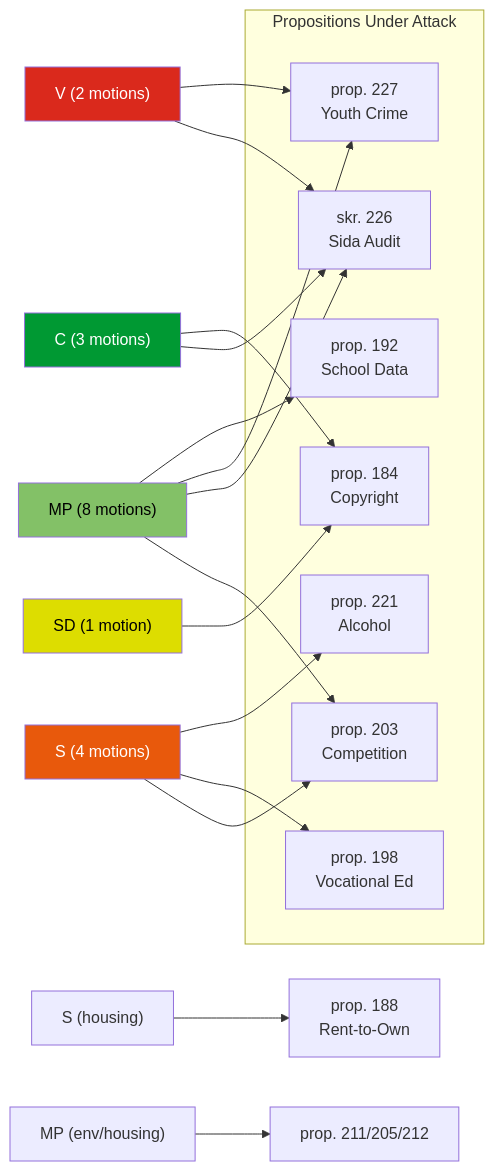
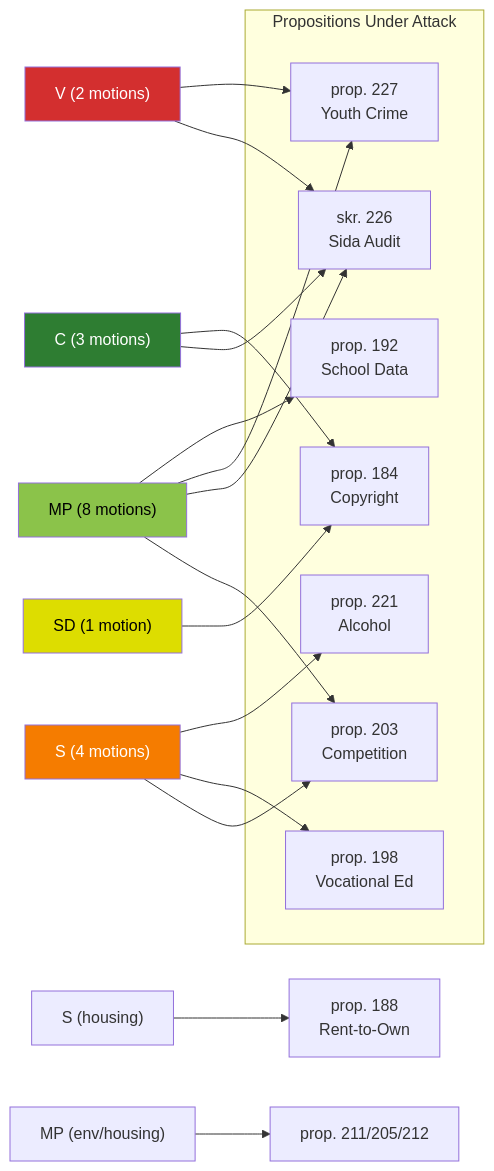
The diagram in analysis/daily/2026-04-13/motions/cross-reference-map.md (Hack23/riksdagsmonitor), drawn with Mermaid before and after one commit. The commit also changed 785 other files, not shown here.

First line of the commit message:
Normalize mermaid colors across 786 analysis artifacts to ISMS Style Guide palette

````diff
--- a/analysis/daily/2026-04-13/motions/cross-reference-map.md
+++ b/analysis/daily/2026-04-13/motions/cross-reference-map.md
@@ -40,24 +40,24 @@
 ```mermaid
 graph LR
     subgraph "Propositions Under Attack"
         P203["prop. 203<br>Competition"]
         P226["skr. 226<br>Sida Audit"]
         P227["prop. 227<br>Youth Crime"]
         P184["prop. 184<br>Copyright"]
         P198["prop. 198<br>Vocational Ed"]
         P192["prop. 192<br>School Data"]
         P221["prop. 221<br>Alcohol"]
     end
     S1["S (4 motions)"] --> P203 & P198 & P221
     S2["S (housing)"] --> P188["prop. 188<br>Rent-to-Own"]
     MP["MP (8 motions)"] --> P203 & P226 & P227 & P192
     MP2["MP (env/housing)"] --> P211["prop. 211/205/212"]
     V["V (2 motions)"] --> P226 & P227
     C["C (3 motions)"] --> P226 & P184
     SD["SD (1 motion)"] --> P184
-    style S1 fill:#e8590c,color:#fff
-    style MP fill:#83c167,color:#000
-    style V fill:#da291c,color:#fff
-    style C fill:#009933,color:#fff
-    style SD fill:#dddd00,color:#000
+    style S1 fill:#F57C00,color:#FFFFFF
+    style MP fill:#8BC34A,color:#000000
+    style V fill:#D32F2F,color:#FFFFFF
+    style C fill:#2E7D32,color:#FFFFFF
+    style SD fill:#dddd00,color:#000000
 ```
````
